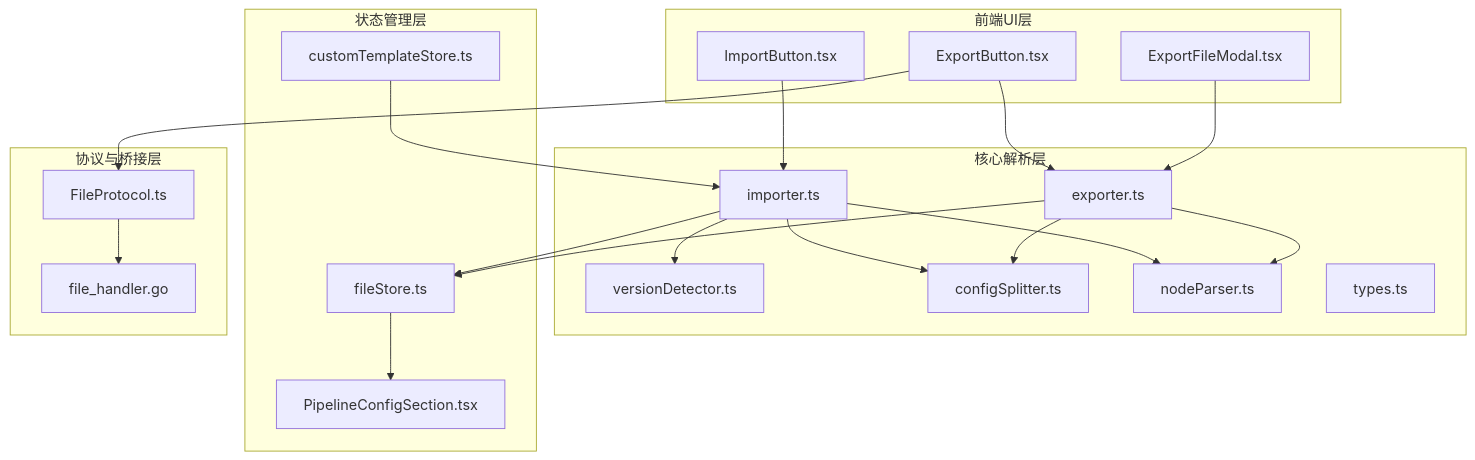
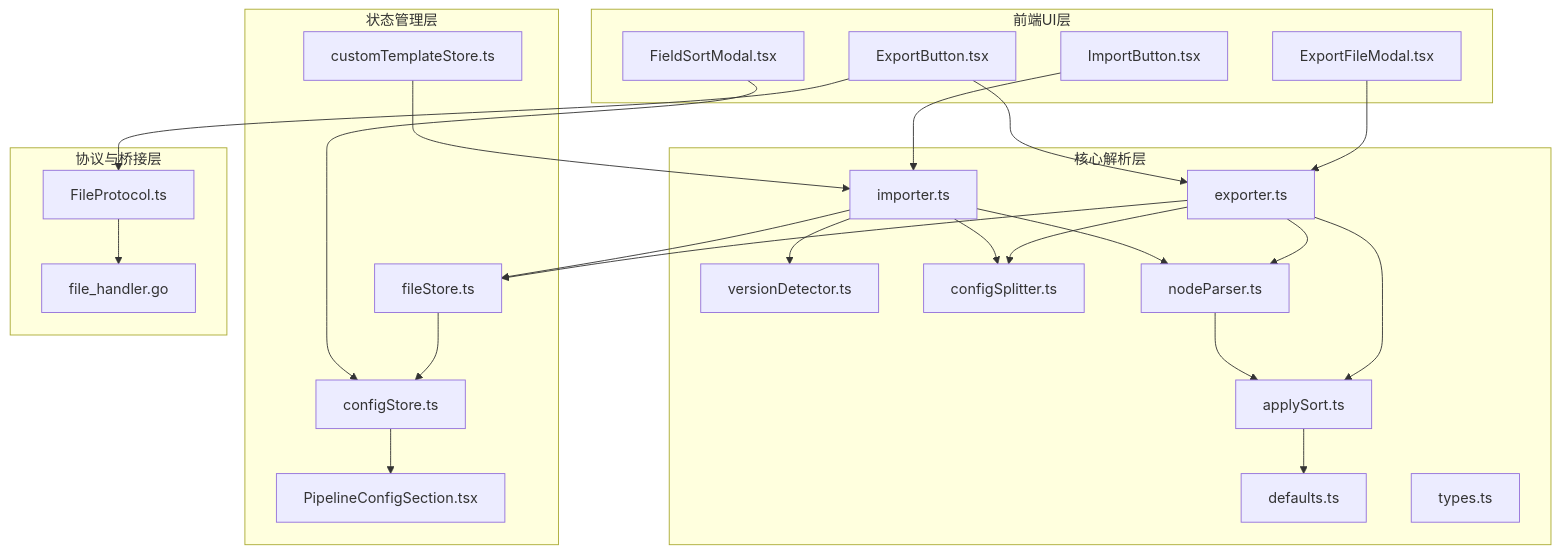
One commit to kqcoxn/MaaPipelineEditor changed the first of 9 diagrams in .qoder/repowiki/zh/content/导入导出系统/导入导出系统.md. Above: the diagram before and after it, drawn with Mermaid. The commit also changed other lines of this file and 22 other files, not shown here.

````diff
--- a/.qoder/repowiki/zh/content/导入导出系统/导入导出系统.md
+++ b/.qoder/repowiki/zh/content/导入导出系统/导入导出系统.md
@@ -43,39 +49,48 @@
 ```mermaid
 graph TB
 subgraph "前端UI层"
 ImportBtn["ImportButton.tsx"]
 ExportBtn["ExportButton.tsx"]
 ExportModal["ExportFileModal.tsx"]
+FieldSortModal["FieldSortModal.tsx"]
 end
 subgraph "核心解析层"
 Importer["importer.ts"]
 Exporter["exporter.ts"]
 VersionDet["versionDetector.ts"]
 ConfigSplit["configSplitter.ts"]
 NodeParse["nodeParser.ts"]
+ApplySort["applySort.ts"]
+Defaults["defaults.ts"]
 Types["types.ts"]
 end
 subgraph "状态管理层"
 FileStore["fileStore.ts"]
-ConfigStore["PipelineConfigSection.tsx"]
+ConfigStore["configStore.ts"]
+ConfigSection["PipelineConfigSection.tsx"]
 TemplateStore["customTemplateStore.ts"]
 end
 subgraph "协议与桥接层"
 FileProto["FileProtocol.ts"]
 FileHandlerGo["file_handler.go"]
 end
 ImportBtn --> Importer
 ExportBtn --> Exporter
 ExportModal --> Exporter
+FieldSortModal --> ConfigStore
 Importer --> VersionDet
 Importer --> ConfigSplit
 Importer --> NodeParse
+NodeParse --> ApplySort
+ApplySort --> Defaults
 Exporter --> ConfigSplit
 Exporter --> NodeParse
+Exporter --> ApplySort
 Importer --> FileStore
 Exporter --> FileStore
 ExportBtn --> FileProto
 FileProto --> FileHandlerGo
 FileStore --> ConfigStore
 TemplateStore --> Importer
+ConfigStore --> ConfigSection
 ```
````
